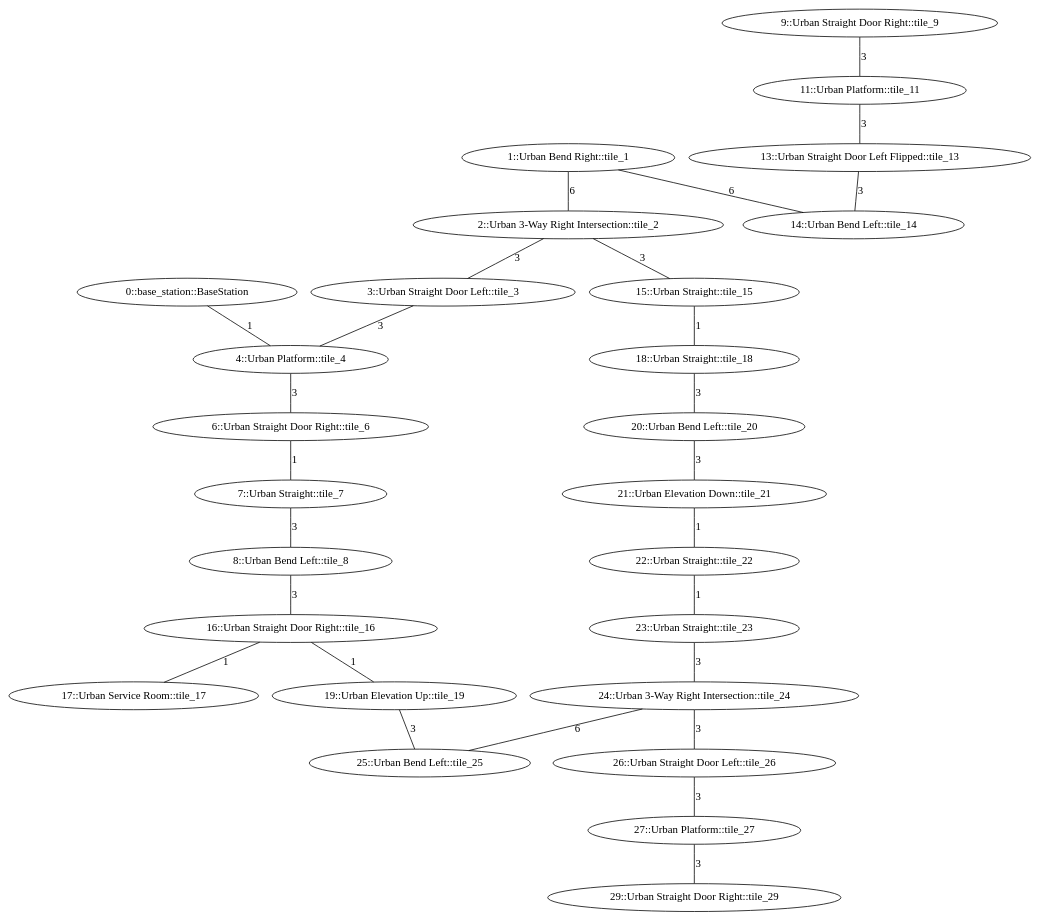
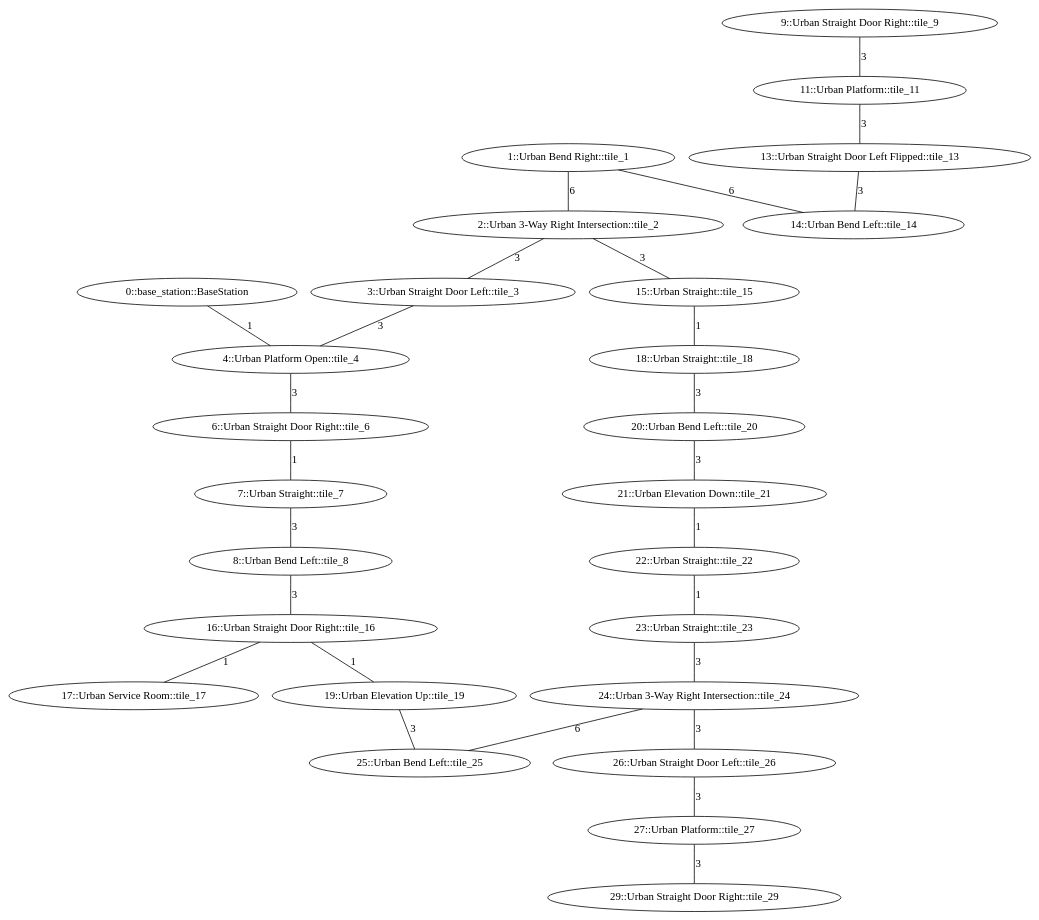
Before and after one commit to osrf/subt: the diagram in subt_ign/worlds/simple_urban_02.dot, drawn with Graphviz. The commit also changed 2 other files, not shown here.

Commit message:
use platform open

```diff
--- a/subt_ign/worlds/simple_urban_02.dot
+++ b/subt_ign/worlds/simple_urban_02.dot
@@ -1,66 +1,66 @@
 /* Visibility graph for simple_urban_02.tsv */
 /* Generated with the tile_tsv.py script: */
 /*   tile_tsv.py simple_urban_02.tsv -\-graph-file simple_urban_02.dot -\-world-file simple_urban_02.sdf -\-world-name simple_urban_02 -\-scale_x 40 -\-scale_y 40 -\-urban -\-y0 32 -\-x0 -280 */
 
 graph {
   /* ==== Vertices ==== */
 
   /* Base station / Staging area */
   0   [label="0::base_station::BaseStation"];
 
   1   [label="1::Urban Bend Right::tile_1"];
   2   [label="2::Urban 3-Way Right Intersection::tile_2"];
   3   [label="3::Urban Straight Door Left::tile_3"];
-  4   [label="4::Urban Platform::tile_4"];
+  4   [label="4::Urban Platform Open::tile_4"];
   6   [label="6::Urban Straight Door Right::tile_6"];
   7   [label="7::Urban Straight::tile_7"];
   8   [label="8::Urban Bend Left::tile_8"];
   9   [label="9::Urban Straight Door Right::tile_9"];
   11  [label="11::Urban Platform::tile_11"];
   13  [label="13::Urban Straight Door Left Flipped::tile_13"];
   14  [label="14::Urban Bend Left::tile_14"];
   15  [label="15::Urban Straight::tile_15"];
   16  [label="16::Urban Straight Door Right::tile_16"];
   17  [label="17::Urban Service Room::tile_17"];
   18  [label="18::Urban Straight::tile_18"];
   19  [label="19::Urban Elevation Up::tile_19"];
   20  [label="20::Urban Bend Left::tile_20"];
   21  [label="21::Urban Elevation Down::tile_21"];
   22  [label="22::Urban Straight::tile_22"];
   23  [label="23::Urban Straight::tile_23"];
   24  [label="24::Urban 3-Way Right Intersection::tile_24"];
   25  [label="25::Urban Bend Left::tile_25"];
   26  [label="26::Urban Straight Door Left::tile_26"];
   27  [label="27::Urban Platform::tile_27"];
   29  [label="29::Urban Straight Door Right::tile_29"];
 
   /* ==== Edges ==== */
 
   /* Base station */
   0  -- 4   [label=1];
   1  -- 2   [label=6];  /* Intersection */
   1  -- 14  [label=6];
   2  -- 3   [label=3];  /* Intersection */
   2  -- 15  [label=3];  /* Intersection */
   3  -- 4   [label=3];
   4  -- 6   [label=3];
   6  -- 7   [label=1];
   7  -- 8   [label=3];
   8  -- 16  [label=3];
   9  -- 11  [label=3];
   11 -- 13  [label=3];
   13 -- 14  [label=3];
   15 -- 18  [label=1];
   16 -- 19  [label=1];
   18 -- 20  [label=3];
   19 -- 25  [label=3];
   20 -- 21  [label=3];
   21 -- 22  [label=1];
   22 -- 23  [label=1];
   23 -- 24  [label=3];  /* Intersection */
   24 -- 25  [label=6];  /* Intersection */
   24 -- 26  [label=3];  /* Intersection */
   26 -- 27  [label=3];
   27 -- 29  [label=3];
   16 -- 17  [label=1];
 }
```
